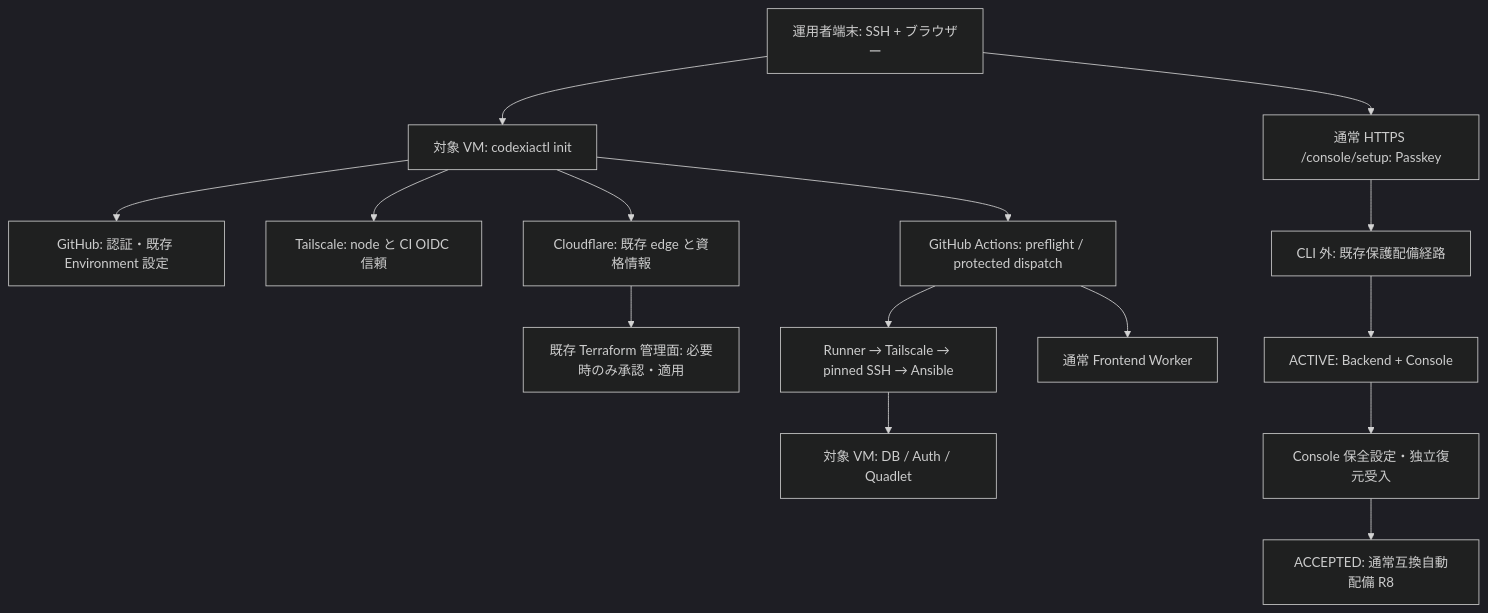
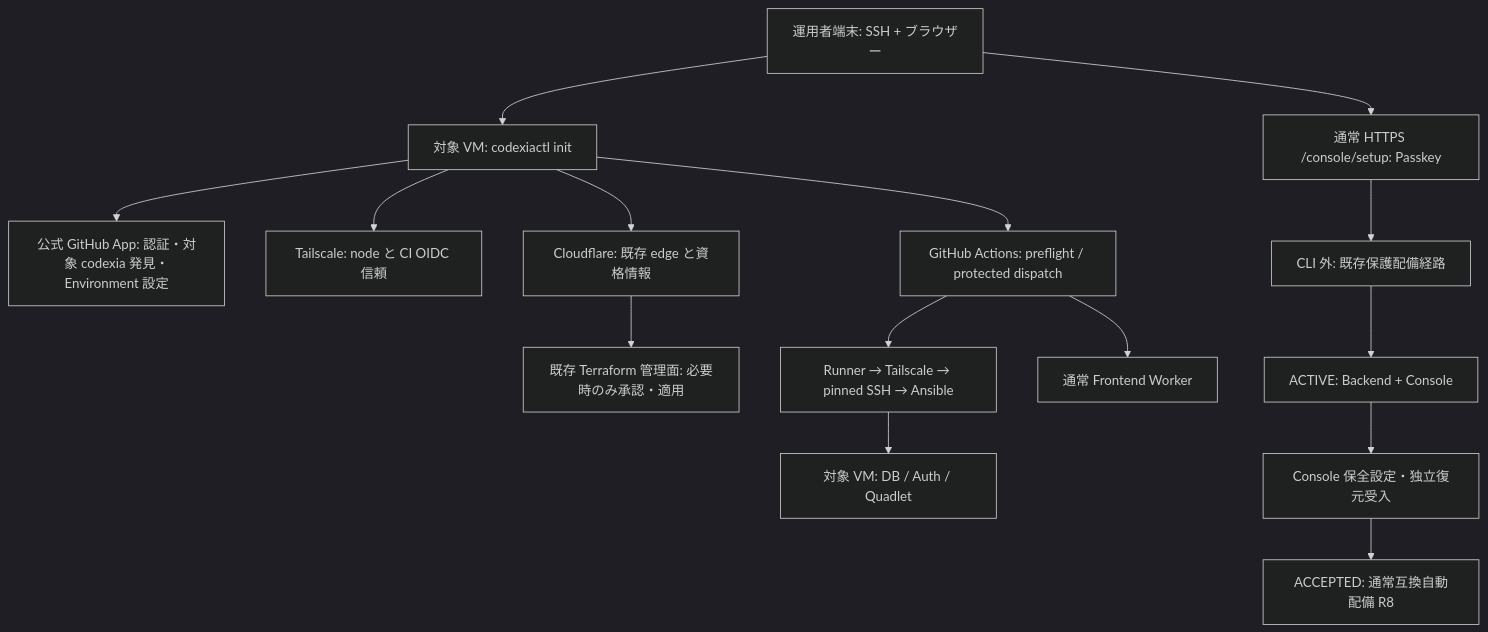
The diagram in docs/deployment/CODEXIACTL.md (yohn-jp/codexia), drawn with Mermaid (dark theme) before and after one commit. The commit also changed other lines of this file and 5 other files, not shown here.

Commit message:
docs(deploy): select Codexia deployment repository through official GitHub App

````diff
--- a/docs/deployment/CODEXIACTL.md
+++ b/docs/deployment/CODEXIACTL.md
@@ -23,18 +23,18 @@
 ```mermaid
 flowchart TD
     U["運用者端末: SSH + ブラウザー"] --> C["対象 VM: codexiactl init"]
-    C --> G["GitHub: 認証・既存 Environment 設定"]
+    C --> G["公式 GitHub App: 認証・対象 codexia 発見・Environment 設定"]
     C --> T["Tailscale: node と CI OIDC 信頼"]
     C --> F["Cloudflare: 既存 edge と資格情報"]
     F --> I["既存 Terraform 管理面: 必要時のみ承認・適用"]
     C --> P["GitHub Actions: preflight / protected dispatch"]
     P --> A["Runner → Tailscale → pinned SSH → Ansible"]
     A --> V["対象 VM: DB / Auth / Quadlet"]
     P --> W["通常 Frontend Worker"]
     U --> O["通常 HTTPS /console/setup: Passkey"]
     O --> H["CLI 外: 既存保護配備経路"]
     H --> X
     X["ACTIVE: Backend + Console"]
     X --> B["Console 保全設定・独立復元受入"]
     B --> R["ACCEPTED: 通常互換自動配備 R8"]
 ```
````
